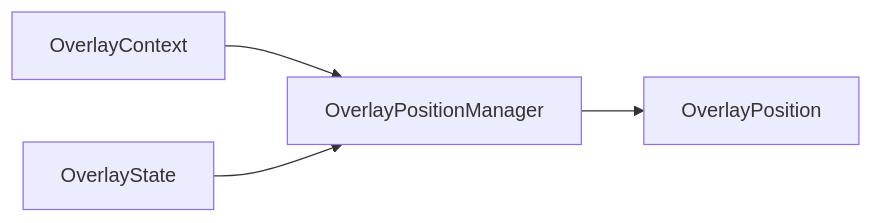
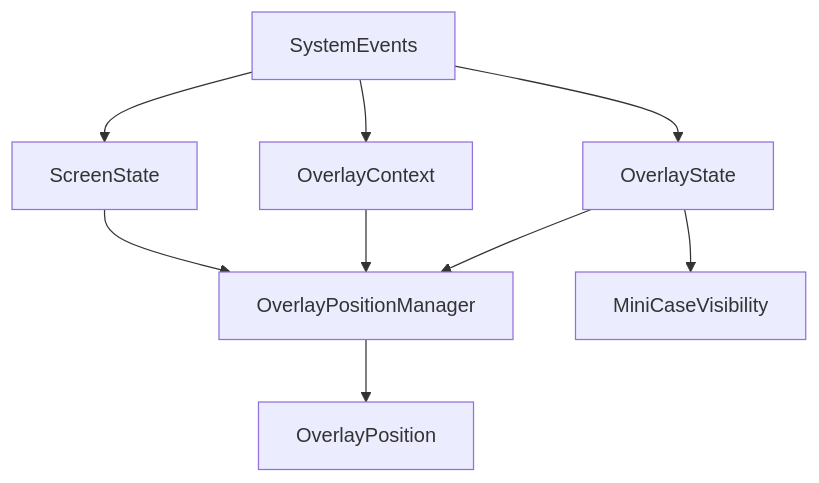
Before and after one commit to VCIDKOREA/vlue_super: the second of 3 diagrams in docs/architecture/companion-overlay.md, drawn with Mermaid. The commit also changed other lines of this file and 63 other files, not shown here.

````diff
--- a/docs/architecture/companion-overlay.md
+++ b/docs/architecture/companion-overlay.md
@@ -106,10 +238,18 @@
 ```mermaid
-flowchart LR
+flowchart TB
+  events[SystemEvents]
+  screen[ScreenState]
   ctx[OverlayContext]
   state[OverlayState]
   mgr[OverlayPositionManager]
   pos[OverlayPosition]
+  miniVis[MiniCaseVisibility]
+  events --> ctx
+  events --> screen
+  events --> state
+  screen --> mgr
   ctx --> mgr
   state --> mgr
   mgr --> pos
+  state --> miniVis
 ```
````
